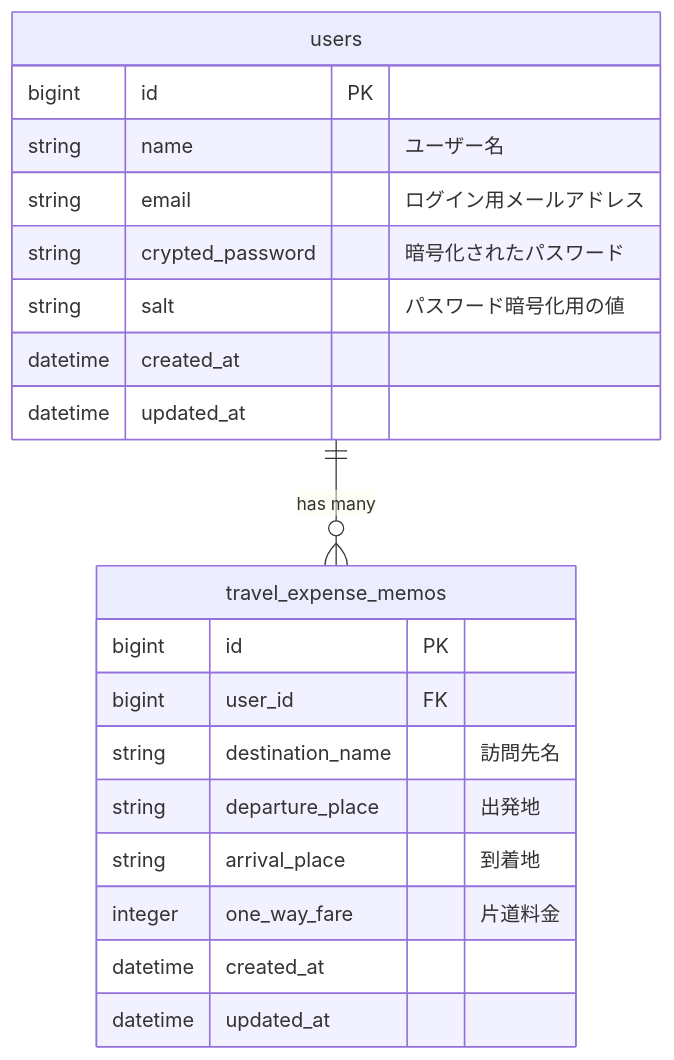
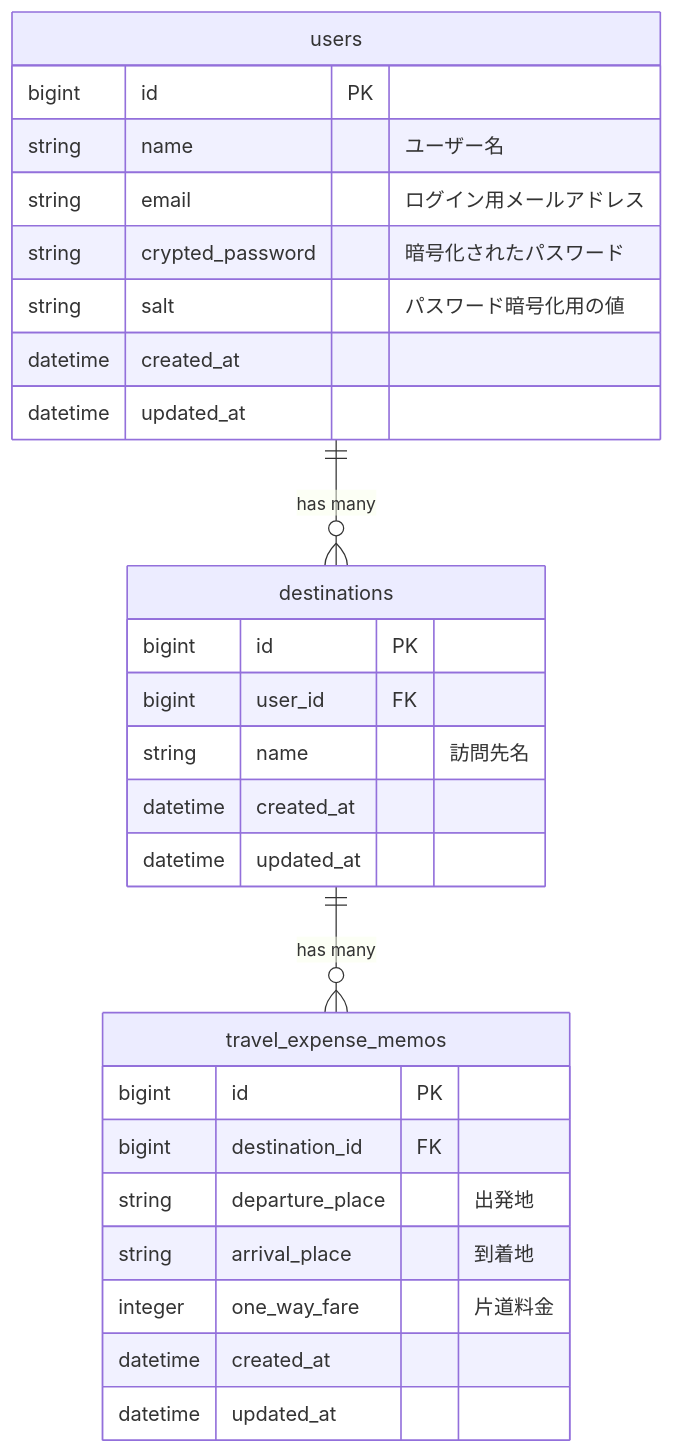
The diagram in docs/er_diagram.md (ringowasabi/-graduation_app), drawn with Mermaid before and after one commit. The commit also changed other lines of this file and 1 other file, not shown here.

Commit message:
docs: separate destinations in er diagram

````diff
--- a/docs/er_diagram.md
+++ b/docs/er_diagram.md
@@ -5,25 +5,33 @@
 ```mermaid
 erDiagram
-  users ||--o{ travel_expense_memos : "has many"
+  users ||--o{ destinations : "has many"
+  destinations ||--o{ travel_expense_memos : "has many"
 
   users {
     bigint id PK
     string name "ユーザー名"
     string email "ログイン用メールアドレス"
     string crypted_password "暗号化されたパスワード"
     string salt "パスワード暗号化用の値"
     datetime created_at
     datetime updated_at
   }
 
+  destinations {
+    bigint id PK
+    bigint user_id FK
+    string name "訪問先名"
+    datetime created_at
+    datetime updated_at
+  }
+
   travel_expense_memos {
     bigint id PK
-    bigint user_id FK
-    string destination_name "訪問先名"
+    bigint destination_id FK
     string departure_place "出発地"
     string arrival_place "到着地"
     integer one_way_fare "片道料金"
     datetime created_at
     datetime updated_at
   }
 ```
````
